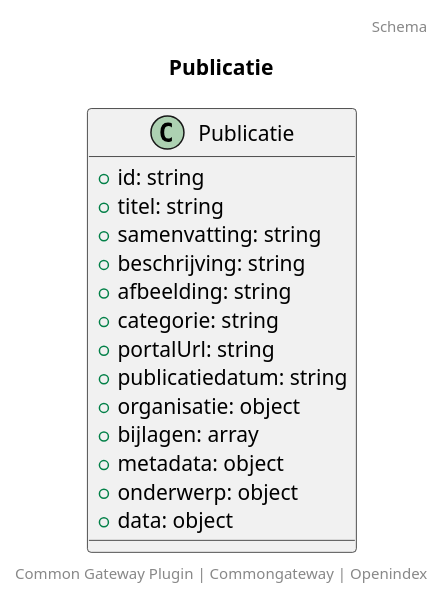
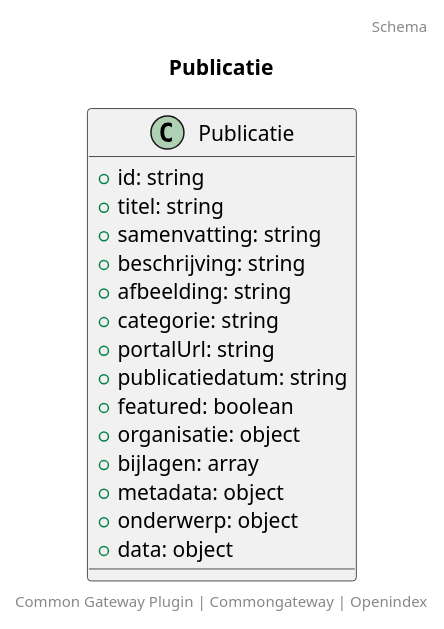
One commit to CommonGateway/OpenIndex changed the diagram in docs/schema/publicatie.puml. Above: the diagram before and after it, drawn with PlantUML. The commit also changed 37 other files, not shown here.

```diff
--- a/docs/schema/publicatie.puml
+++ b/docs/schema/publicatie.puml
@@ -1,21 +1,22 @@
 @startuml
 title: Publicatie
 footer: Common Gateway Plugin | Commongateway | Openindex 
 header: Schema
 
 class Publicatie {
   + id: string
   + titel: string
   + samenvatting: string
   + beschrijving: string
   + afbeelding: string
   + categorie: string
   + portalUrl: string
   + publicatiedatum: string
+  + featured: boolean
   + organisatie: object
   + bijlagen: array
   + metadata: object
   + onderwerp: object
   + data: object
 }
 @enduml
```
